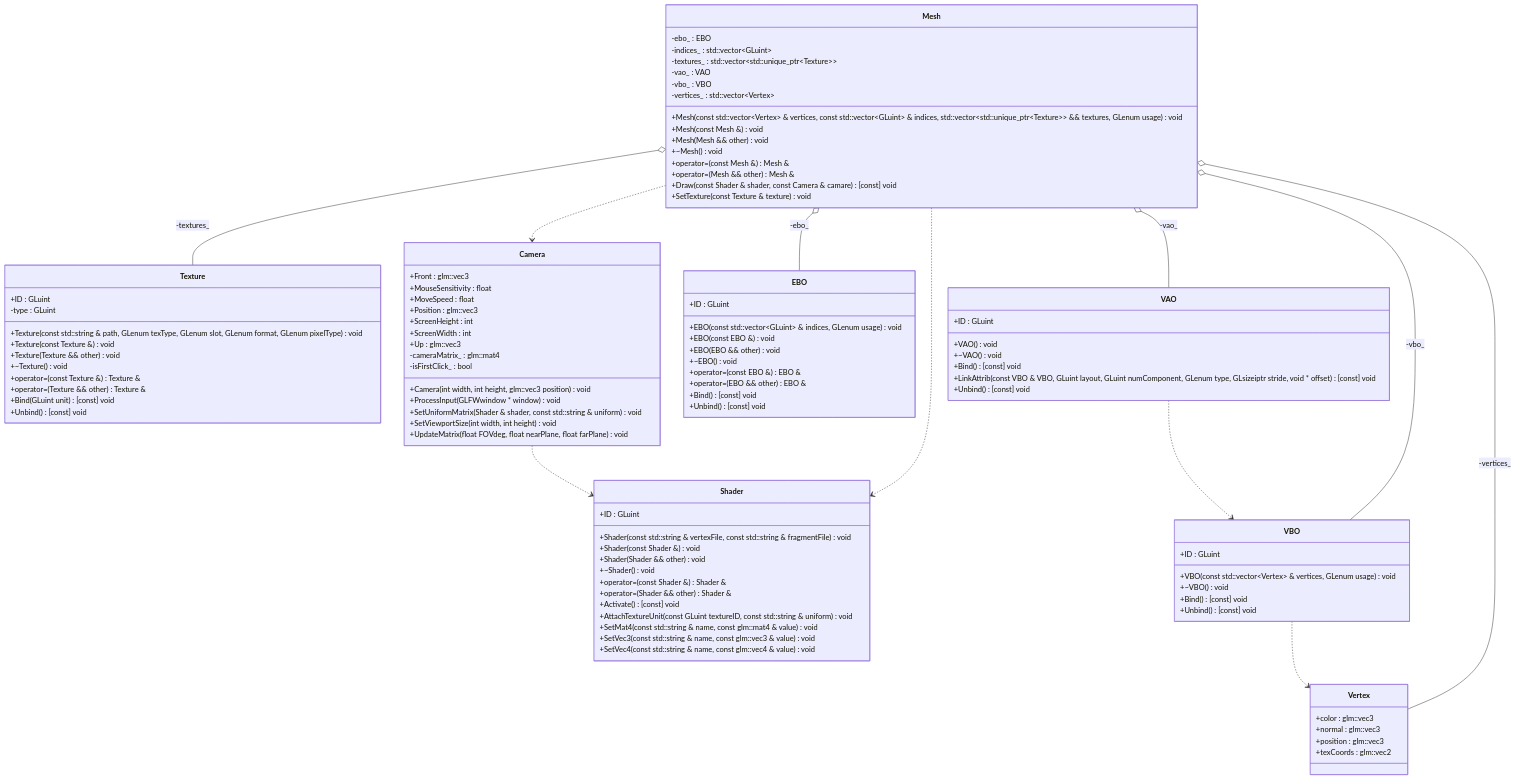
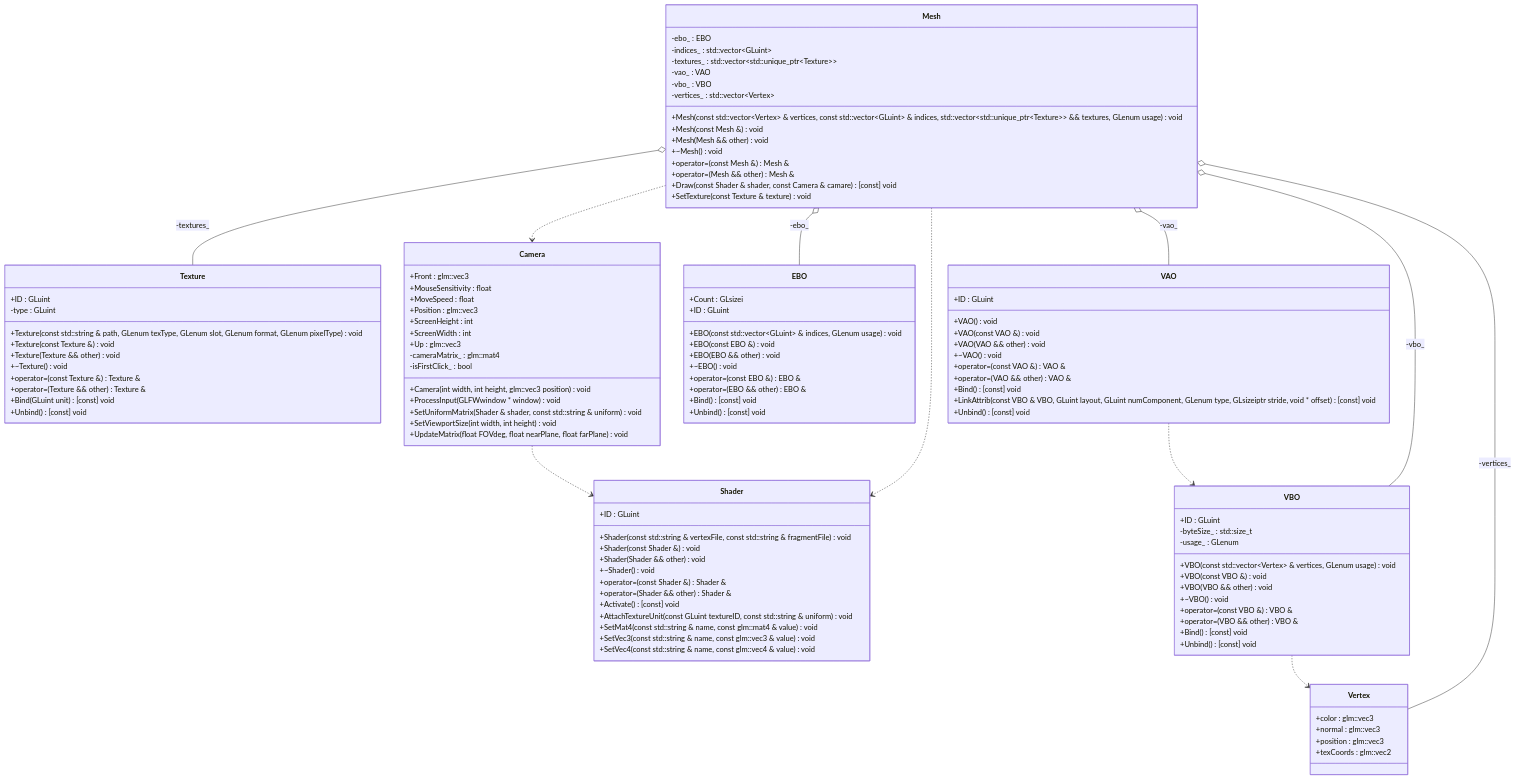
The diagram in diagrams/cubica_class.mmd (Montmont20z/CubicaWorld), drawn with Mermaid before and after one commit. The commit also changed 16 other files, not shown here.

```diff
--- a/diagrams/cubica_class.mmd
+++ b/diagrams/cubica_class.mmd
@@ -1,112 +1,123 @@
 classDiagram
     class C_0010942968540697269095["Texture"]
     class C_0010942968540697269095 {
         +Texture(const std::string & path, GLenum texType, GLenum slot, GLenum format, GLenum pixelType) void
         +Texture(const Texture &) void
         +Texture(Texture && other) void
         +~Texture() void
         +operator=(const Texture &) Texture &
         +operator=(Texture && other) Texture &
         +Bind(GLuint unit) [const] void
         +Unbind() [const] void
         +ID : GLuint
         -type : GLuint
     }
     class C_0014899929896336503560["Shader"]
     class C_0014899929896336503560 {
         +Shader(const std::string & vertexFile, const std::string & fragmentFile) void
         +Shader(const Shader &) void
         +Shader(Shader && other) void
         +~Shader() void
         +operator=(const Shader &) Shader &
         +operator=(Shader && other) Shader &
         +Activate() [const] void
         +AttachTextureUnit(const GLuint textureID, const std::string & uniform) void
         +SetMat4(const std::string & name, const glm::mat4 & value) void
         +SetVec3(const std::string & name, const glm::vec3 & value) void
         +SetVec4(const std::string & name, const glm::vec4 & value) void
         +ID : GLuint
     }
     class C_0014704110374031903259["Vertex"]
     class C_0014704110374031903259 {
         +color : glm::vec3
         +normal : glm::vec3
         +position : glm::vec3
         +texCoords : glm::vec2
     }
     class C_0006077809002304625189["VBO"]
     class C_0006077809002304625189 {
         +VBO(const std::vector&lt;Vertex&gt; & vertices, GLenum usage) void
+        +VBO(const VBO &) void
+        +VBO(VBO && other) void
         +~VBO() void
+        +operator=(const VBO &) VBO &
+        +operator=(VBO && other) VBO &
         +Bind() [const] void
         +Unbind() [const] void
         +ID : GLuint
+        -byteSize_ : std::size_t
+        -usage_ : GLenum
     }
     class C_0005533647331416267481["VAO"]
     class C_0005533647331416267481 {
         +VAO() void
+        +VAO(const VAO &) void
+        +VAO(VAO && other) void
         +~VAO() void
+        +operator=(const VAO &) VAO &
+        +operator=(VAO && other) VAO &
         +Bind() [const] void
         +LinkAttrib(const VBO & VBO, GLuint layout, GLuint numComponent, GLenum type, GLsizeiptr stride, void * offset) [const] void
         +Unbind() [const] void
         +ID : GLuint
     }
     class C_0004105051469622735371["EBO"]
     class C_0004105051469622735371 {
         +EBO(const std::vector&lt;GLuint&gt; & indices, GLenum usage) void
         +EBO(const EBO &) void
         +EBO(EBO && other) void
         +~EBO() void
         +operator=(const EBO &) EBO &
         +operator=(EBO && other) EBO &
         +Bind() [const] void
         +Unbind() [const] void
+        +Count : GLsizei
         +ID : GLuint
     }
     class C_0005049148943034209802["Camera"]
     class C_0005049148943034209802 {
         +Camera(int width, int height, glm::vec3 position) void
         +ProcessInput(GLFWwindow * window) void
         +SetUniformMatrix(Shader & shader, const std::string & uniform) void
         +SetViewportSize(int width, int height) void
         +UpdateMatrix(float FOVdeg, float nearPlane, float farPlane) void
         +Front : glm::vec3
         +MouseSensitivity : float
         +MoveSpeed : float
         +Position : glm::vec3
         +ScreenHeight : int
         +ScreenWidth : int
         +Up : glm::vec3
         -cameraMatrix_ : glm::mat4
         -isFirstClick_ : bool
     }
     class C_0013865567801987631274["Mesh"]
     class C_0013865567801987631274 {
         +Mesh(const std::vector&lt;Vertex&gt; & vertices, const std::vector&lt;GLuint&gt; & indices, std::vector&lt;std::unique_ptr&lt;Texture&gt;&gt; && textures, GLenum usage) void
         +Mesh(const Mesh &) void
         +Mesh(Mesh && other) void
         +~Mesh() void
         +operator=(const Mesh &) Mesh &
         +operator=(Mesh && other) Mesh &
         +Draw(const Shader & shader, const Camera & camare) [const] void
         +SetTexture(const Texture & texture) void
         -ebo_ : EBO
         -indices_ : std::vector&lt;GLuint&gt;
         -textures_ : std::vector&lt;std::unique_ptr&lt;Texture&gt;&gt;
         -vao_ : VAO
         -vbo_ : VBO
         -vertices_ : std::vector&lt;Vertex&gt;
     }
     C_0006077809002304625189 ..> C_0014704110374031903259 : 
     C_0005533647331416267481 ..> C_0006077809002304625189 : 
     C_0005049148943034209802 ..> C_0014899929896336503560 : 
     C_0013865567801987631274 ..> C_0014899929896336503560 : 
     C_0013865567801987631274 ..> C_0005049148943034209802 : 
     C_0013865567801987631274 o-- C_0005533647331416267481 : -vao_
     C_0013865567801987631274 o-- C_0006077809002304625189 : -vbo_
     C_0013865567801987631274 o-- C_0004105051469622735371 : -ebo_
     C_0013865567801987631274 o-- C_0010942968540697269095 : -textures_
     C_0013865567801987631274 o-- C_0014704110374031903259 : -vertices_
 
 %% Generated with clang-uml, version 0.6.2-25-g5e2993e
 %% LLVM version Debian clang version 19.1.7 (3+b1)
```
